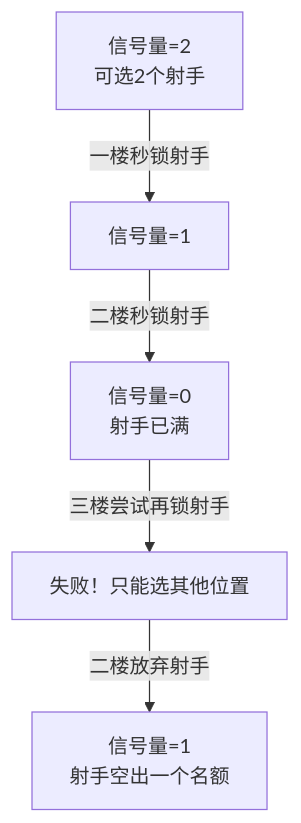
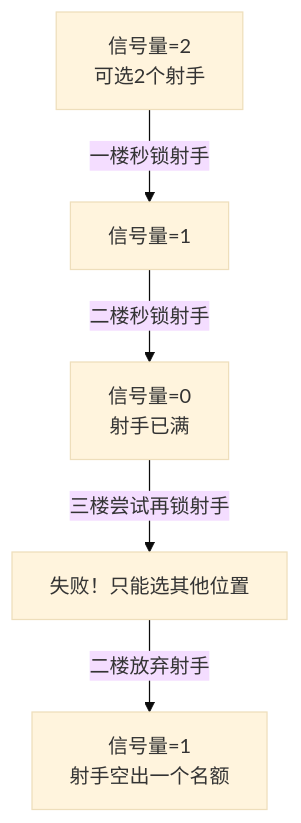
Before and after one commit to CheongYX/CheongYX.github.io: the first of 2 diagrams in public/posts/zh/os-deadlock-gaming.md, drawn with Mermaid. The commit also changed other lines of this file and 15 other files, not shown here.

````diff
--- a/public/posts/zh/os-deadlock-gaming.md
+++ b/public/posts/zh/os-deadlock-gaming.md
@@ -131,7 +125,8 @@
 ```mermaid
+%%{init: {'theme': 'base'}}%%
 graph TD
     A[信号量=2<br/>可选2个射手] -->|一楼秒锁射手| B[信号量=1]
     B -->|二楼秒锁射手| C[信号量=0<br/>射手已满]
     C -->|三楼尝试再锁射手| D[失败！只能选其他位置]
     D -->|二楼放弃射手| E[信号量=1<br/>射手空出一个名额]
 ```
````
